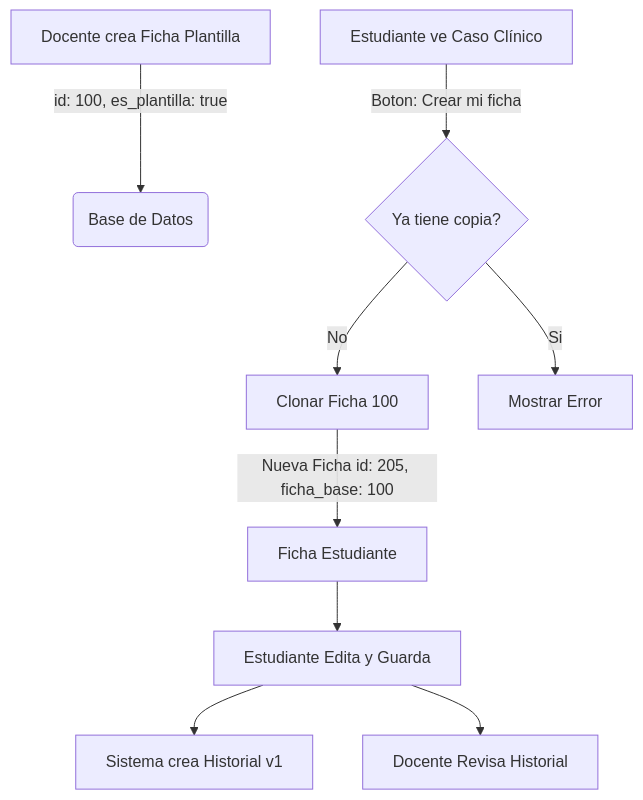
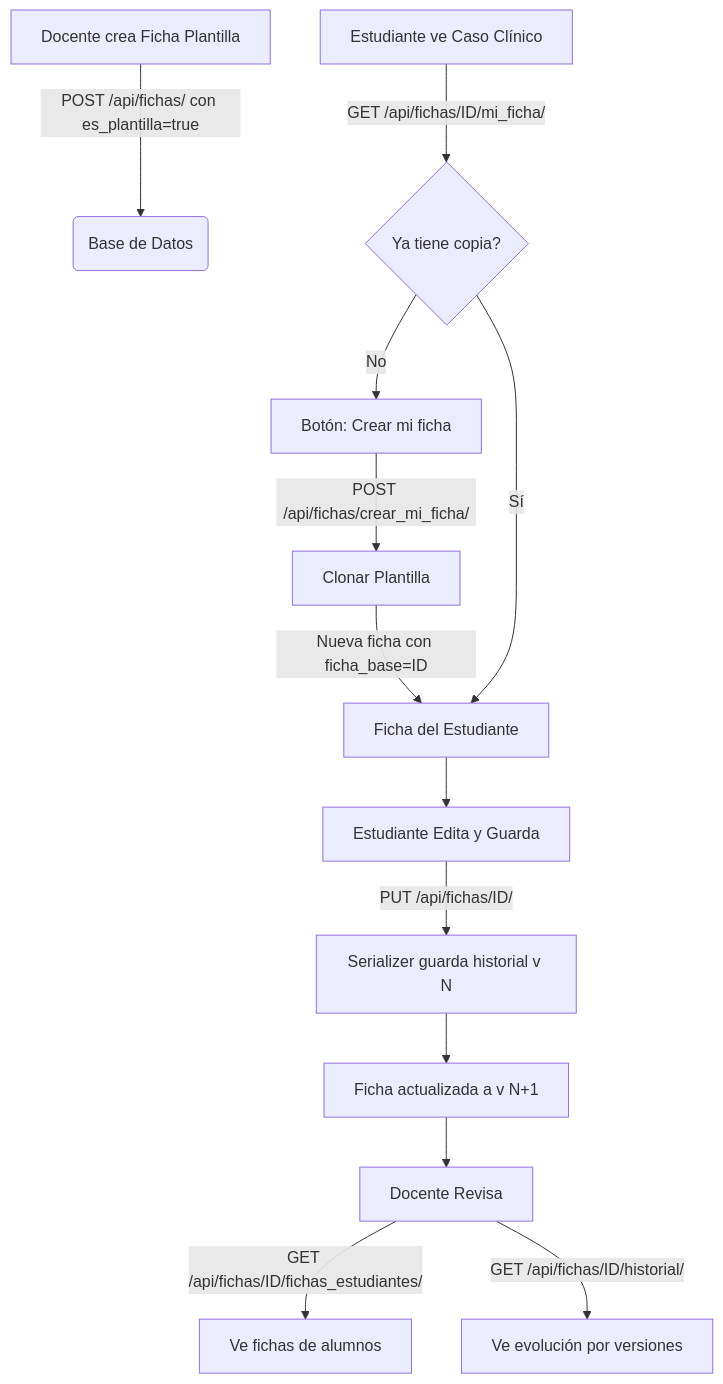
Before and after one commit to castrometro/SALUD-UDP: the diagram in Docs/documentacion del sistema/workflows.md, drawn with Mermaid. The commit also changed other lines of this file and 9 other files, not shown here.

````diff
--- a/Docs/documentacion del sistema/workflows.md
+++ b/Docs/documentacion del sistema/workflows.md
@@ -7,11 +7,15 @@
 ```mermaid
 graph TD
-    A[Docente crea Ficha Plantilla] -->|id: 100, es_plantilla: true| B(Base de Datos)
-    C[Estudiante ve Caso Clínico] -->|Boton: Crear mi ficha| D{Ya tiene copia?}
-    D -- No --> E[Clonar Ficha 100]
-    D -- Si --> F[Mostrar Error]
-    E -->|Nueva Ficha id: 205, ficha_base: 100| G[Ficha Estudiante]
+    A[Docente crea Ficha Plantilla] -->|POST /api/fichas/ con es_plantilla=true| B(Base de Datos)
+    C[Estudiante ve Caso Clínico] -->|GET /api/fichas/ID/mi_ficha/| D{Ya tiene copia?}
+    D -- No --> E[Botón: Crear mi ficha]
+    E -->|POST /api/fichas/crear_mi_ficha/| F[Clonar Plantilla]
+    F -->|Nueva ficha con ficha_base=ID| G[Ficha del Estudiante]
+    D -- Sí --> G
     G --> H[Estudiante Edita y Guarda]
-    H --> I[Sistema crea Historial v1]
-    H --> J[Docente Revisa Historial]
+    H -->|PUT /api/fichas/ID/| I[Serializer guarda historial v N]
+    I --> J[Ficha actualizada a v N+1]
+    J --> K[Docente Revisa]
+    K -->|GET /api/fichas/ID/fichas_estudiantes/| L[Ve fichas de alumnos]
+    K -->|GET /api/fichas/ID/historial/| M[Ve evolución por versiones]
 ```
````
